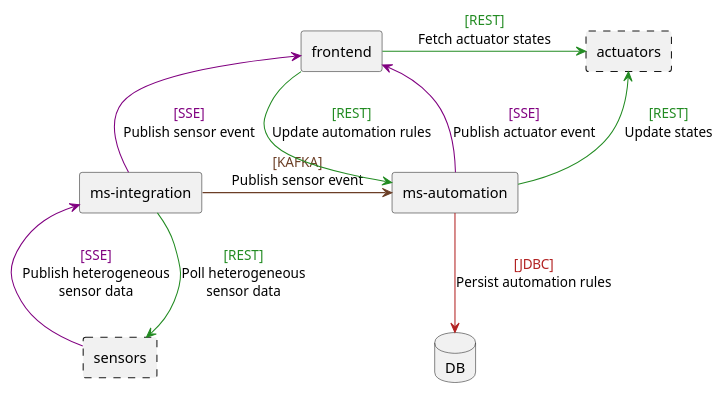
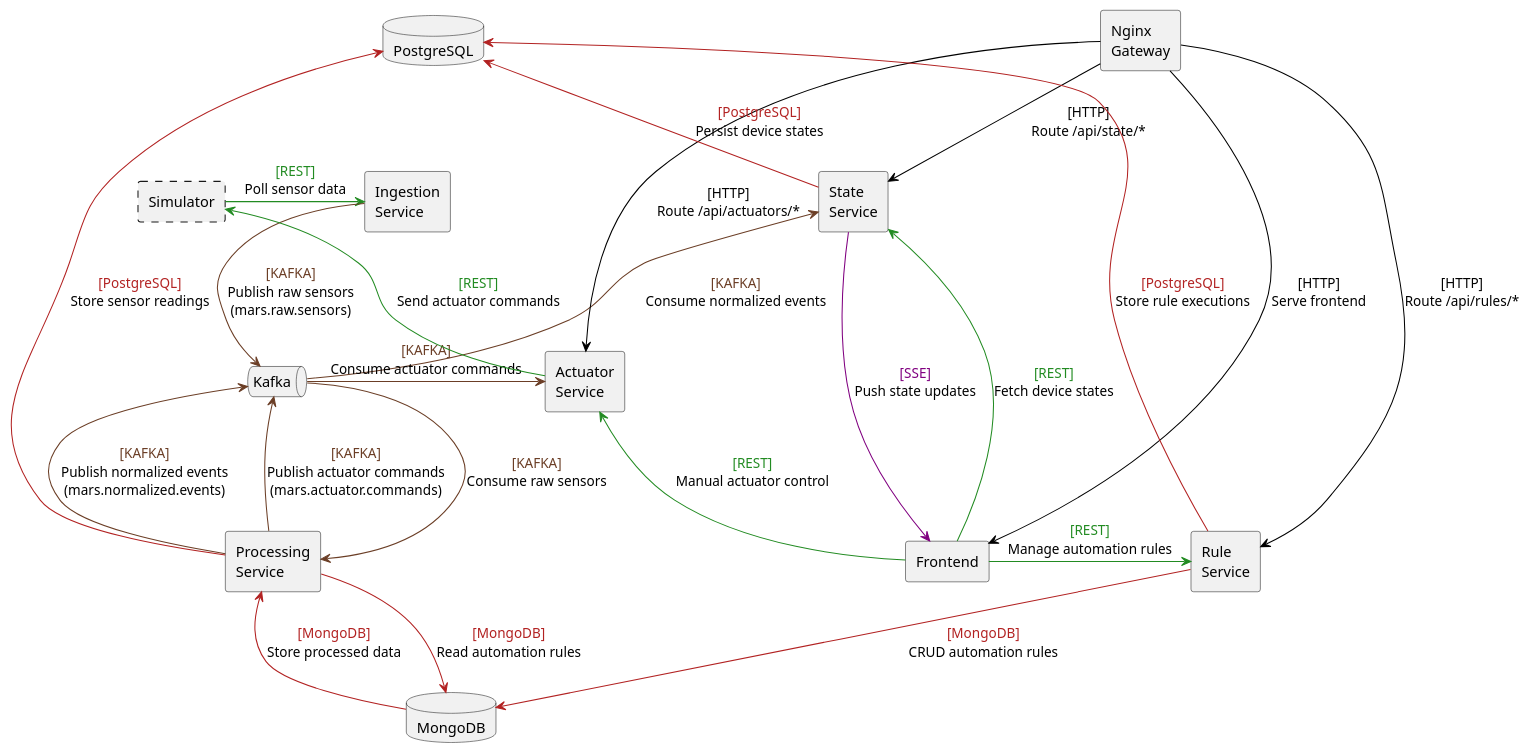
Before and after one commit to robev2252060/2247107_MAP: the diagram in booklets/architecture.puml, drawn with PlantUML. The commit also changed 7 other files, not shown here.

Commit message:
Actuator Bug Fix & Nginx conf fix

```diff
--- a/booklets/architecture.puml
+++ b/booklets/architecture.puml
@@ -1,27 +1,65 @@
 @startuml
 skinparam componentStyle rectangle
 
-component "frontend"       as fe
-component "actuators"      as act #line.dashed
-component "sensors"        as src #line.dashed
-component "ms-integration" as int
-component "ms-automation"  as auto
+' External components
+component "Simulator" as sim #line.dashed
 
-database "DB" as db
+' Microservices
+component "Ingestion\nService" as ing
+component "Processing\nService" as proc
+component "State\nService" as state
+component "Rule\nService" as rule
+component "Actuator\nService" as act
+component "Frontend" as fe
 
-' Data integration
-src -[#800080]up->   int : <color:#800080>[SSE]</color>\nPublish heterogeneous\nsensor data
-int -[#228B22]down-> src : <color:#228B22>[REST]</color>\nPoll heterogeneous\nsensor data
-int -[#800080]up->    fe  : <color:#800080>[SSE]</color>\nPublish sensor event
-int  -[#6B3E26]right-> auto : <color:#6B3E26>[KAFKA]</color>\nPublish sensor event
+' Infrastructure
+queue "Kafka" as kafka
+database "MongoDB" as mongo
+database "PostgreSQL" as postgres
+component "Nginx\nGateway" as nginx
 
-' Data processing
-fe   -[#228B22]right-> auto : <color:#228B22>[REST]</color>\nUpdate automation rules
-auto -[#B22222]down->  db   : <color:#B22222>[JDBC]</color>\nPersist automation rules
-auto -[#228B22]up->    act  : <color:#228B22>[REST]</color>\nUpdate states
-auto -[#800080]up->    fe   : <color:#800080>[SSE]</color>\nPublish actuator event
+' Data flow from simulator to ingestion
+sim -[#228B22]right-> ing : <color:#228B22>[REST]</color>\nPoll sensor data
 
-' Data display
-fe  -[#228B22]right-> act : <color:#228B22>[REST]</color>\nFetch actuator states
+' Ingestion publishes raw data to Kafka
+ing -[#6B3E26]down-> kafka : <color:#6B3E26>[KAFKA]</color>\nPublish raw sensors\n(mars.raw.sensors)
+
+' Processing consumes raw data, normalizes, applies rules
+kafka -[#6B3E26]right-> proc : <color:#6B3E26>[KAFKA]</color>\nConsume raw sensors
+proc -[#6B3E26]down-> kafka : <color:#6B3E26>[KAFKA]</color>\nPublish normalized events\n(mars.normalized.events)
+proc -[#6B3E26]down-> kafka : <color:#6B3E26>[KAFKA]</color>\nPublish actuator commands\n(mars.actuator.commands)
+
+' Processing interacts with MongoDB for rules
+proc -[#B22222]right-> mongo : <color:#B22222>[MongoDB]</color>\nRead automation rules
+mongo -[#B22222]left-> proc : <color:#B22222>[MongoDB]</color>\nStore processed data
+
+' State service consumes normalized events
+kafka -[#6B3E26]up-> state : <color:#6B3E26>[KAFKA]</color>\nConsume normalized events
+
+' Rule service manages rules in MongoDB
+rule -[#B22222]down-> mongo : <color:#B22222>[MongoDB]</color>\nCRUD automation rules
+
+' Actuator service consumes commands and controls simulator
+kafka -[#6B3E26]right-> act : <color:#6B3E26>[KAFKA]</color>\nConsume actuator commands
+act -[#228B22]up-> sim : <color:#228B22>[REST]</color>\nSend actuator commands
+
+' Frontend interactions
+fe -[#228B22]down-> state : <color:#228B22>[REST]</color>\nFetch device states
+state -[#800080]up-> fe : <color:#800080>[SSE]</color>\nPush state updates
+
+fe -[#228B22]right-> rule : <color:#228B22>[REST]</color>\nManage automation rules
+
+fe -[#228B22]up-> act : <color:#228B22>[REST]</color>\nManual actuator control
+
+' Nginx gateway
+nginx -[#000000]down-> fe : <color:#000000>[HTTP]</color>\nServe frontend
+nginx -[#000000]down-> state : <color:#000000>[HTTP]</color>\nRoute /api/state/*
+nginx -[#000000]down-> rule : <color:#000000>[HTTP]</color>\nRoute /api/rules/*
+nginx -[#000000]down-> act : <color:#000000>[HTTP]</color>\nRoute /api/actuators/*
+
+' PostgreSQL for structured data (from schema)
+proc -[#B22222]right-> postgres : <color:#B22222>[PostgreSQL]</color>\nStore sensor readings
+state -[#B22222]up-> postgres : <color:#B22222>[PostgreSQL]</color>\nPersist device states
+rule -[#B22222]left-> postgres : <color:#B22222>[PostgreSQL]</color>\nStore rule executions
 
 @enduml
```
